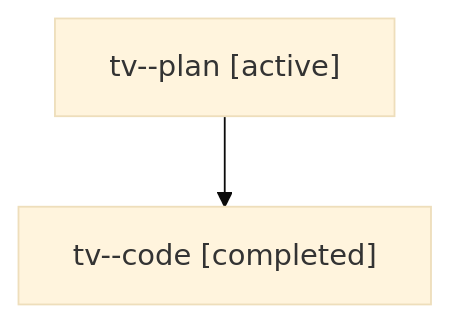
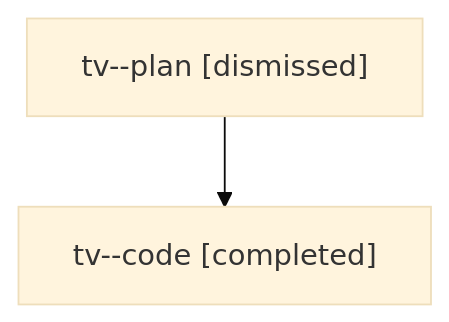
Before and after one commit to sase-org/sase--agents: the diagram in sessions/bbugyi200.athena.tv.md, drawn with Mermaid (base theme). The commit also changed other lines of this file and 24 other files, not shown here.

````diff
--- a/sessions/bbugyi200.athena.tv.md
+++ b/sessions/bbugyi200.athena.tv.md
@@ -9,6 +9,6 @@
 ```mermaid
 flowchart TD
-  n0["tv--plan [active]"]
+  n0["tv--plan [dismissed]"]
   n1["tv--code [completed]"]
   n0 --> n1
 ```
````
